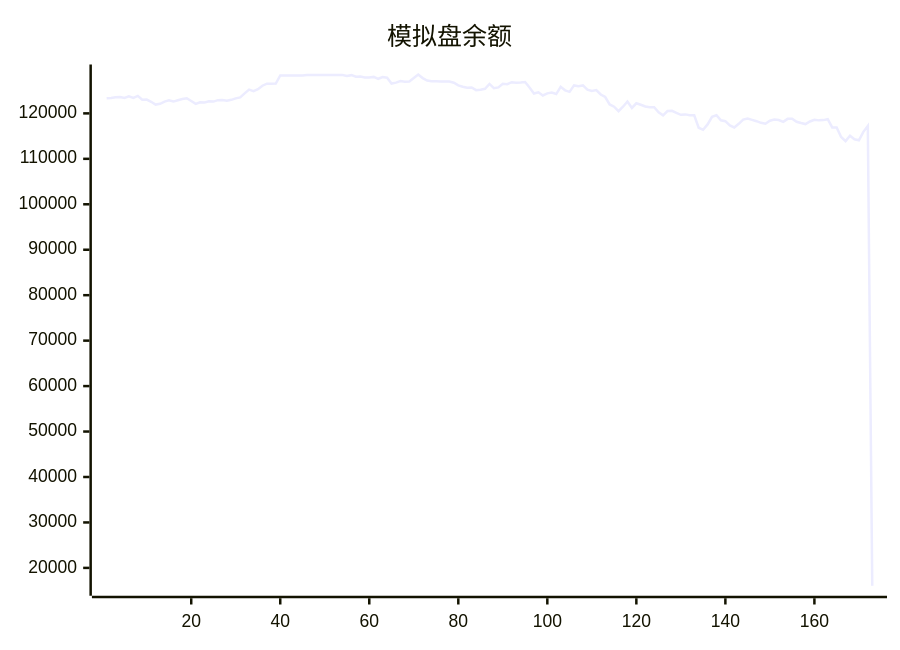
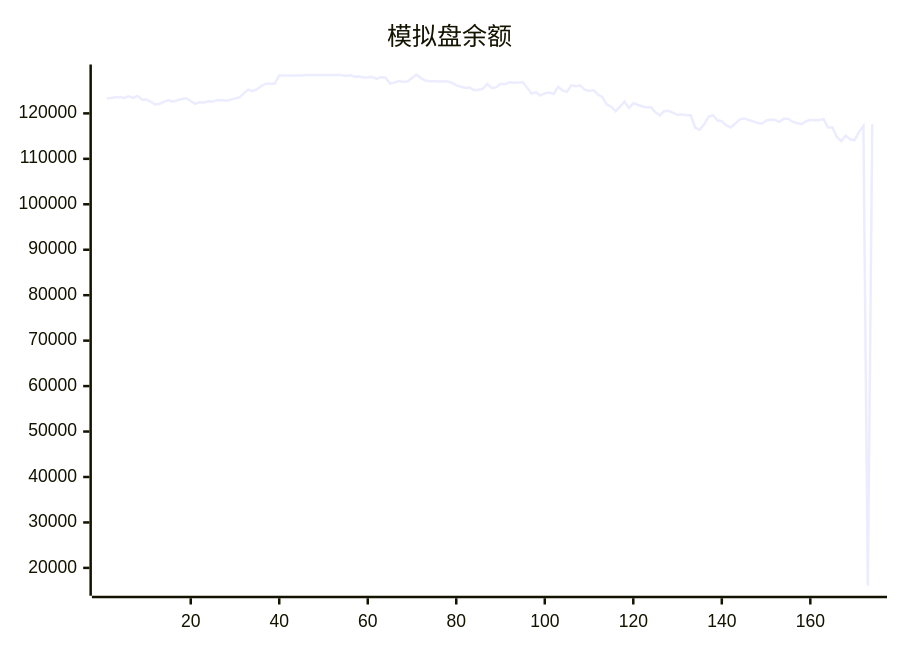
One commit to aahl/ai-trading changed the diagram in README.md. Above: the diagram before and after it, drawn with Mermaid. The commit also changed other lines of this file and 2 other files, not shown here.

````diff
--- a/README.md
+++ b/README.md
@@ -5,5 +5,5 @@
 ```mermaid
 xychart
     title "模拟盘余额"
-    line [123338,123402,123530,123592,123378,123745,123413,123853,123009,123040,122557,121938,122095,122599,122856,122597,122898,123160,123319,122719,122087,122454,122416,122685,122592,122907,122961,122776,122981,123295,123507,124403,125224,124894,125303,126088,126544,126534,126549,128335,128318,128318,128318,128318,128318,128424,128424,128424,128424,128424,128424,128424,128424,128424,128247,128412,128062,128087,127917,127901,128026,127611,128000,127850,126572,126770,127100,126971,127029,127783,128554,127765,127224,127064,127044,127009,127025,127004,126738,126152,125871,125635,125707,125117,125217,125420,126480,125545,125715,126511,126424,126856,126764,126788,126890,125710,124381,124632,123936,124402,124574,124256,125833,125070,124739,126154,125966,126145,125213,124943,125143,124157,123604,121959,121476,120476,121470,122610,121201,122221,121889,121522,121332,121344,120232,119559,120513,120577,120108,119680,119777,119572,119568,116839,116392,117573,119250,119585,118469,118277,117338,116897,117706,118628,118849,118579,118280,117926,117735,118373,118639,118544,118136,118798,118819,118162,117874,117649,118215,118601,118463,118517,118713,116911,116899,114798,113887,115084,114313,114091,115934,117221,16072]
+    line [123338,123402,123530,123592,123378,123745,123413,123853,123009,123040,122557,121938,122095,122599,122856,122597,122898,123160,123319,122719,122087,122454,122416,122685,122592,122907,122961,122776,122981,123295,123507,124403,125224,124894,125303,126088,126544,126534,126549,128335,128318,128318,128318,128318,128318,128424,128424,128424,128424,128424,128424,128424,128424,128424,128247,128412,128062,128087,127917,127901,128026,127611,128000,127850,126572,126770,127100,126971,127029,127783,128554,127765,127224,127064,127044,127009,127025,127004,126738,126152,125871,125635,125707,125117,125217,125420,126480,125545,125715,126511,126424,126856,126764,126788,126890,125710,124381,124632,123936,124402,124574,124256,125833,125070,124739,126154,125966,126145,125213,124943,125143,124157,123604,121959,121476,120476,121470,122610,121201,122221,121889,121522,121332,121344,120232,119559,120513,120577,120108,119680,119777,119572,119568,116839,116392,117573,119250,119585,118469,118277,117338,116897,117706,118628,118849,118579,118280,117926,117735,118373,118639,118544,118136,118798,118819,118162,117874,117649,118215,118601,118463,118517,118713,116911,116899,114798,113887,115084,114313,114091,115934,117221,16072,117658]
 ```
````
